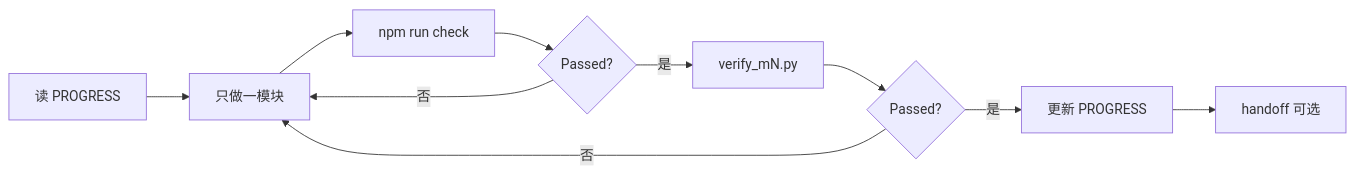
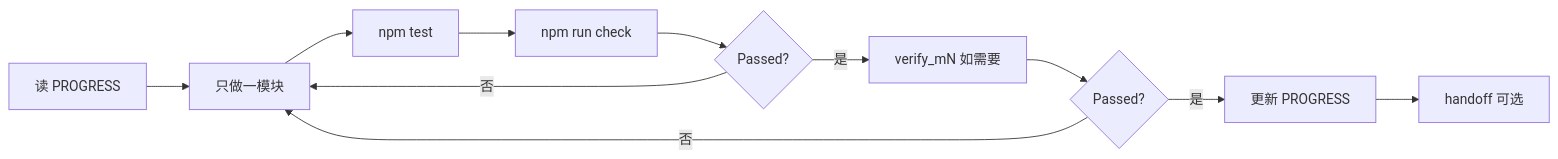
One commit to 3279549719-dotcom/touhou-wallpaper changed the diagram in docs/dev/VERIFY.md. Above: the diagram before and after it, drawn with Mermaid. The commit also changed other lines of this file and 3 other files, not shown here.

````diff
--- a/docs/dev/VERIFY.md
+++ b/docs/dev/VERIFY.md
@@ -111,12 +123,13 @@
 ```mermaid
 flowchart LR
   A[读 PROGRESS] --> B[只做一模块]
-  B --> C[npm run check]
+  B --> T[npm test]
+  T --> C[npm run check]
   C --> D{Passed?}
   D -->|否| B
-  D -->|是| E[verify_mN.py]
+  D -->|是| E[verify_mN 如需要]
   E --> F{Passed?}
   F -->|否| B
   F -->|是| G[更新 PROGRESS]
   G --> H[handoff 可选]
 ```
````
